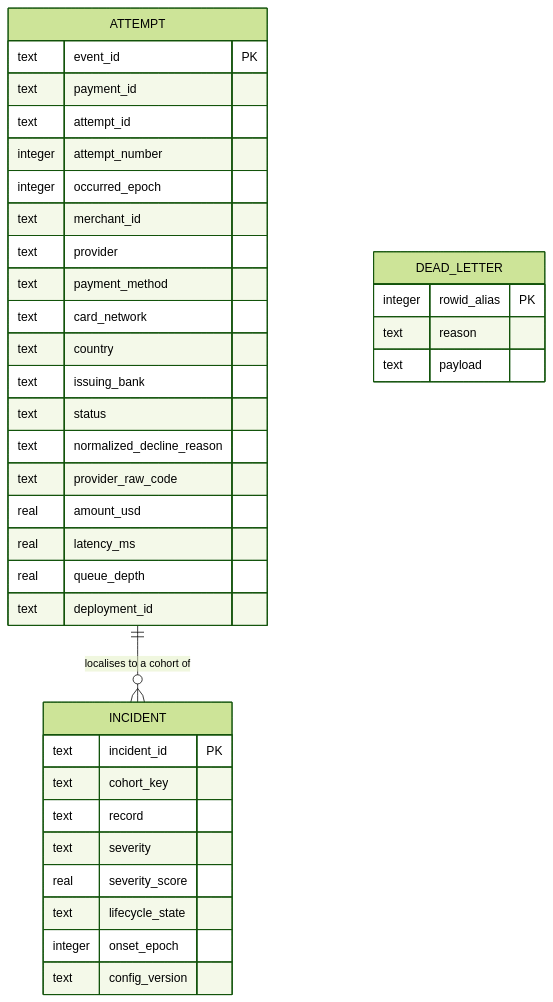
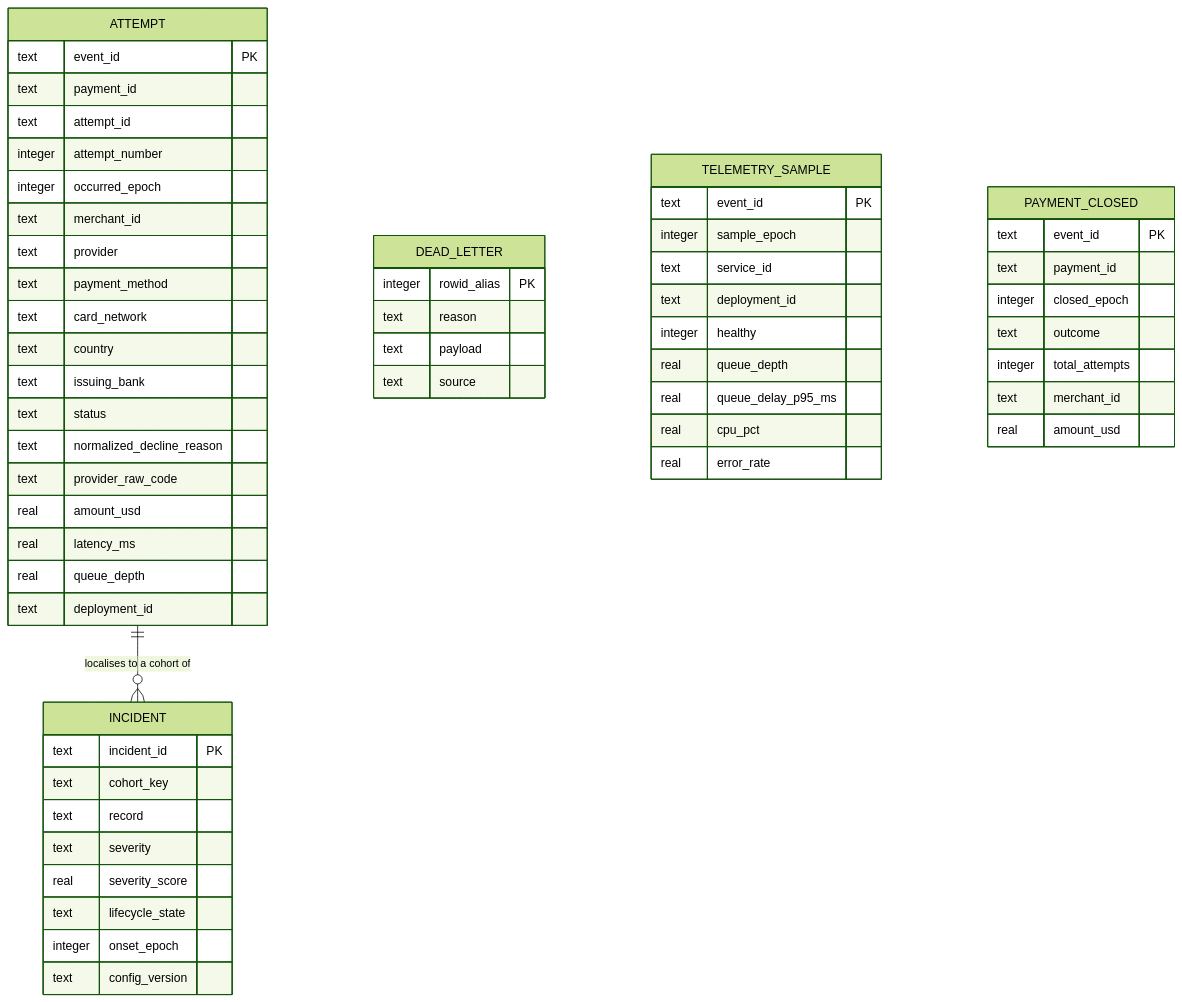
The fifth of 6 diagrams in docs/detection-plane.md (nextwave-2026/clearwave), drawn with Mermaid (forest theme) before and after one commit. The commit also changed other lines of this file and 19 other files, not shown here.

````diff
--- a/docs/detection-plane.md
+++ b/docs/detection-plane.md
@@ -211,39 +211,60 @@
 ```mermaid
 erDiagram
     ATTEMPT {
         text    event_id PK
         text    payment_id
         text    attempt_id
         integer attempt_number
         integer occurred_epoch
         text    merchant_id
         text    provider
         text    payment_method
         text    card_network
         text    country
         text    issuing_bank
         text    status
         text    normalized_decline_reason
         text    provider_raw_code
         real    amount_usd
         real    latency_ms
         real    queue_depth
         text    deployment_id
     }
     INCIDENT {
         text    incident_id PK
         text    cohort_key
         text    record
         text    severity
         real    severity_score
         text    lifecycle_state
         integer onset_epoch
         text    config_version
     }
     DEAD_LETTER {
         integer rowid_alias PK
         text    reason
         text    payload
+        text    source
+    }
+    TELEMETRY_SAMPLE {
+        text    event_id PK
+        integer sample_epoch
+        text    service_id
+        text    deployment_id
+        integer healthy
+        real    queue_depth
+        real    queue_delay_p95_ms
+        real    cpu_pct
+        real    error_rate
+    }
+    PAYMENT_CLOSED {
+        text    event_id PK
+        text    payment_id
+        integer closed_epoch
+        text    outcome
+        integer total_attempts
+        text    merchant_id
+        real    amount_usd
     }
     ATTEMPT ||--o{ INCIDENT : "localises to a cohort of"
 ```
````
